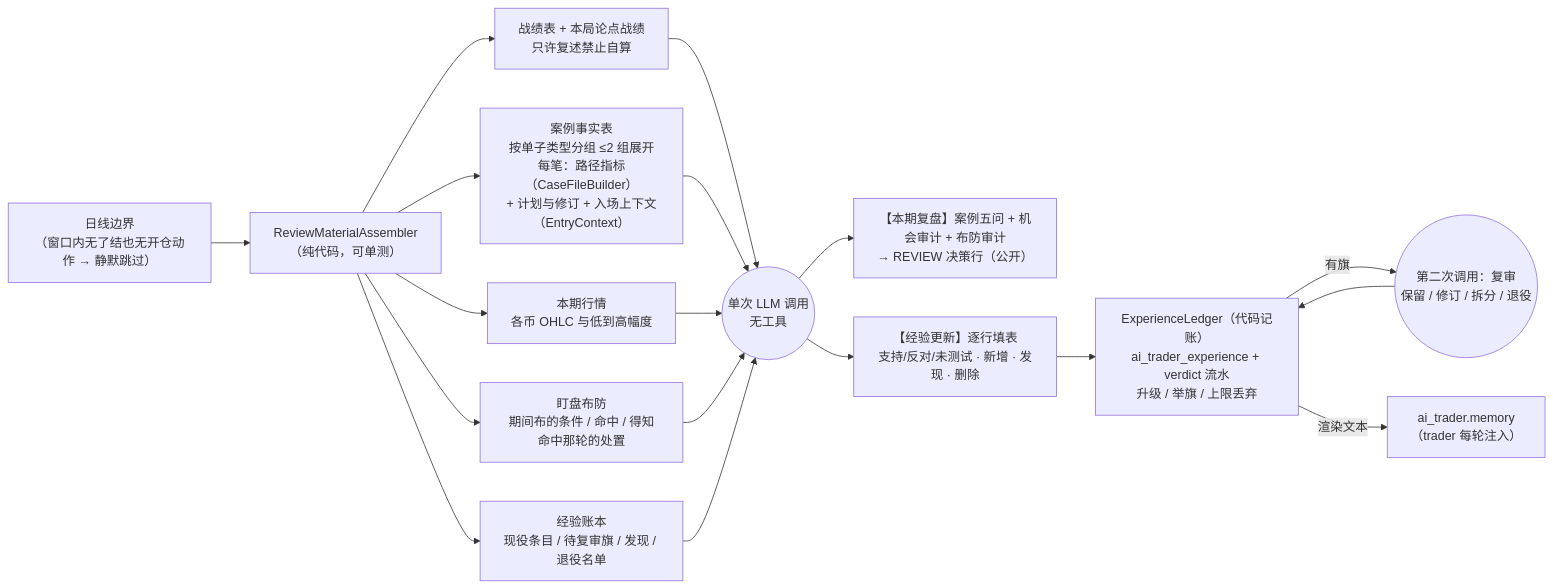
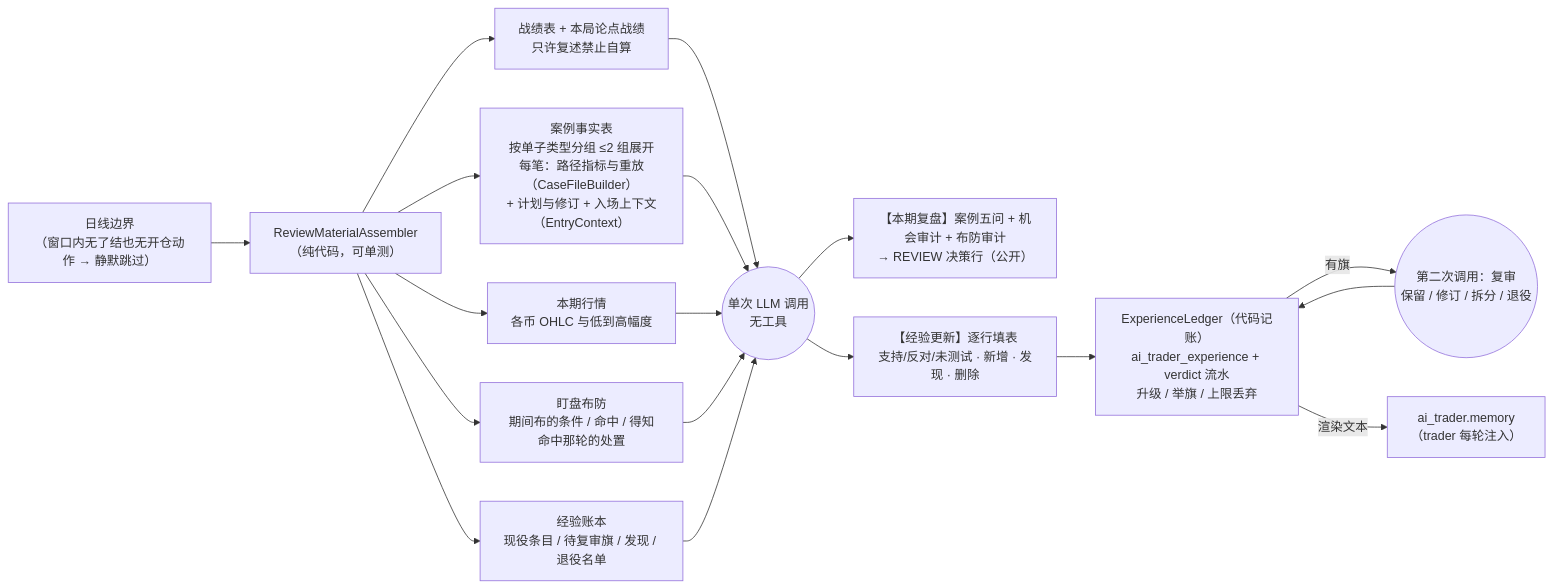
Before and after one commit to mamawai/wtfibought: the third of 5 diagrams in docs/agent-harness/architecture.md, drawn with Mermaid. The commit also changed other lines of this file and 22 other files, not shown here.

````diff
--- a/docs/agent-harness/architecture.md
+++ b/docs/agent-harness/architecture.md
@@ -91,16 +91,16 @@
 ```mermaid
 flowchart LR
     B["日线边界<br/>（窗口内无了结也无开仓动作 → 静默跳过）"] --> RMA["ReviewMaterialAssembler<br/>（纯代码，可单测）"]
     RMA --> F1["战绩表 + 本局论点战绩<br/>只许复述禁止自算"]
-    RMA --> F2["案例事实表<br/>按单子类型分组 ≤2 组展开<br/>每笔：路径指标（CaseFileBuilder）<br/>+ 计划与修订 + 入场上下文（EntryContext）"]
+    RMA --> F2["案例事实表<br/>按单子类型分组 ≤2 组展开<br/>每笔：路径指标与重放（CaseFileBuilder）<br/>+ 计划与修订 + 入场上下文（EntryContext）"]
     RMA --> F3["本期行情<br/>各币 OHLC 与低到高幅度"]
     RMA --> F5["盯盘布防<br/>期间布的条件 / 命中 / 得知命中那轮的处置"]
     RMA --> F4["经验账本<br/>现役条目 / 待复审旗 / 发现 / 退役名单"]
     F1 & F2 & F3 & F5 & F4 --> LLM(("单次 LLM 调用<br/>无工具"))
     LLM --> P1["【本期复盘】案例五问 + 机会审计 + 布防审计<br/>→ REVIEW 决策行（公开）"]
     LLM --> P2["【经验更新】逐行填表<br/>支持/反对/未测试 · 新增 · 发现 · 删除"]
     P2 --> LED["ExperienceLedger（代码记账）<br/>ai_trader_experience + verdict 流水<br/>升级 / 举旗 / 上限丢弃"]
     LED -->|"有旗"| AUD(("第二次调用：复审<br/>保留 / 修订 / 拆分 / 退役"))
     AUD --> LED
     LED -->|"渲染文本"| MEM["ai_trader.memory<br/>（trader 每轮注入）"]
 ```
````
